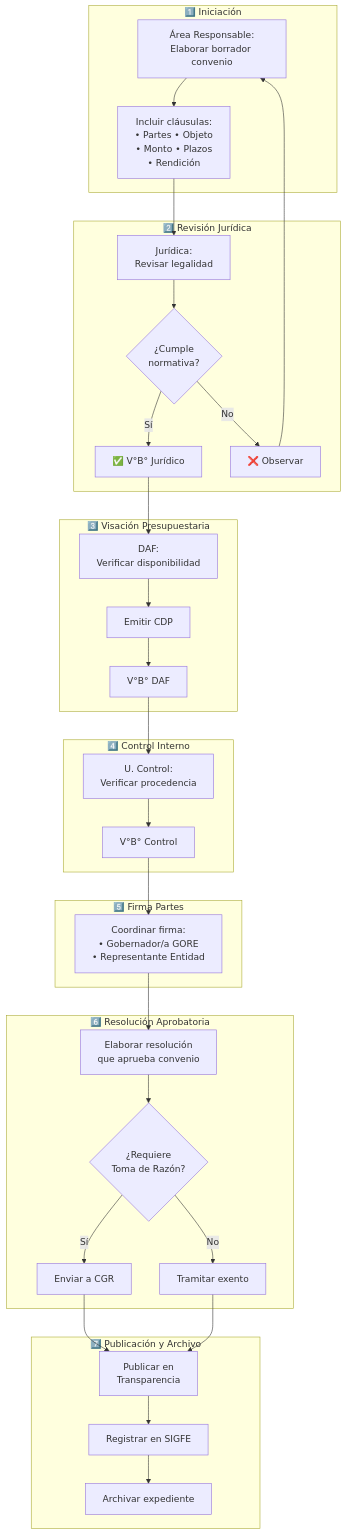
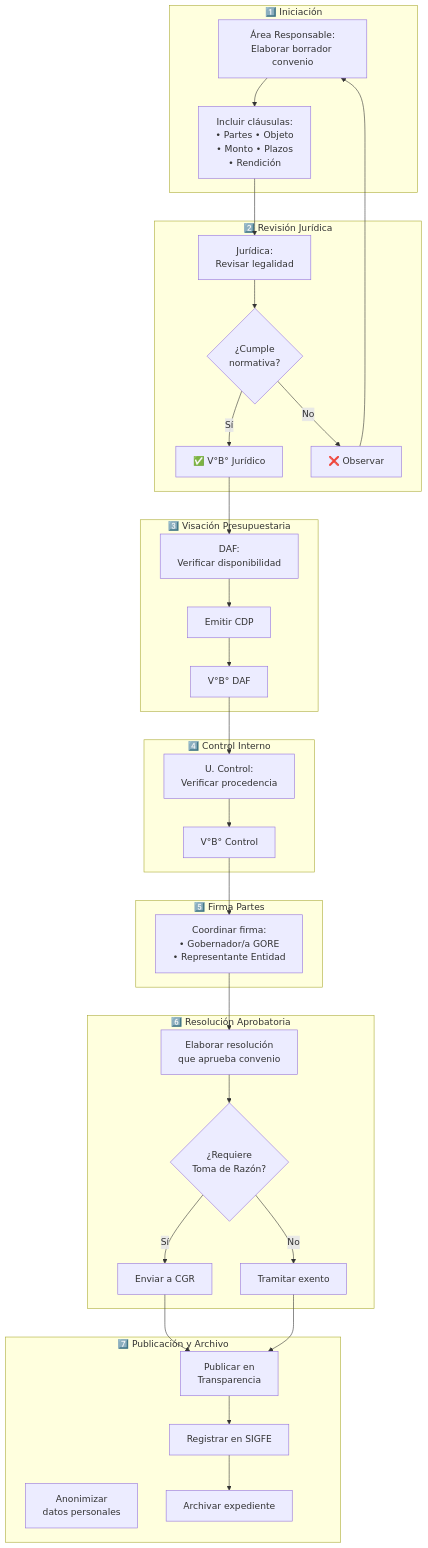
One commit to felix-antonio-sl/gore_os changed the third of 5 diagrams in docs/blueprint/domains/domain_d-norm.md. Above: the diagram before and after it, drawn with Mermaid. The commit also changed other lines of this file and 26 other files, not shown here.

````diff
--- a/docs/blueprint/domains/domain_d-norm.md
+++ b/docs/blueprint/domains/domain_d-norm.md
@@ -284,49 +289,50 @@
 ```mermaid
 flowchart TD
     subgraph FASE1["1️⃣ Iniciación"]
         A["Área Responsable:<br/>Elaborar borrador convenio"]
         B["Incluir cláusulas:<br/>• Partes • Objeto<br/>• Monto • Plazos<br/>• Rendición"]
     end
 
     subgraph FASE2["2️⃣ Revisión Jurídica"]
         C["Jurídica:<br/>Revisar legalidad"]
         D{"¿Cumple<br/>normativa?"}
         E["✅ V°B° Jurídico"]
         F["❌ Observar"]
     end
 
     subgraph FASE3["3️⃣ Visación Presupuestaria"]
         G["DAF:<br/>Verificar disponibilidad"]
         H["Emitir CDP"]
         I["V°B° DAF"]
     end
 
     subgraph FASE4["4️⃣ Control Interno"]
         J["U. Control:<br/>Verificar procedencia"]
         K["V°B° Control"]
     end
 
     subgraph FASE5["5️⃣ Firma Partes"]
         L["Coordinar firma:<br/>• Gobernador/a GORE<br/>• Representante Entidad"]
     end
 
     subgraph FASE6["6️⃣ Resolución Aprobatoria"]
         M["Elaborar resolución<br/>que aprueba convenio"]
         N{"¿Requiere<br/>Toma de Razón?"}
         O["Enviar a CGR"]
         P["Tramitar exento"]
     end
 
     subgraph FASE7["7️⃣ Publicación y Archivo"]
+        Q0["Anonimizar<br/>datos personales"]
         Q["Publicar en<br/>Transparencia"]
         R["Registrar en SIGFE"]
         S["Archivar expediente"]
     end
 
     A --> B --> C --> D
     D -->|"Sí"| E --> G --> H --> I --> J --> K --> L --> M --> N
     D -->|"No"| F --> A
     N -->|"Sí"| O --> Q
     N -->|"No"| P --> Q
     Q --> R --> S
 ```
````
